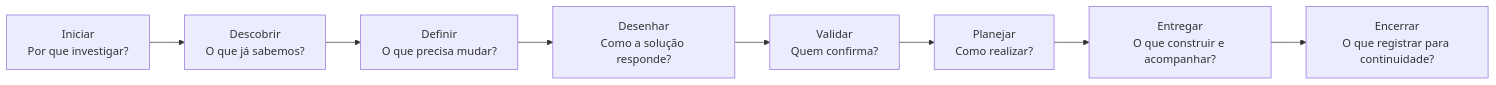
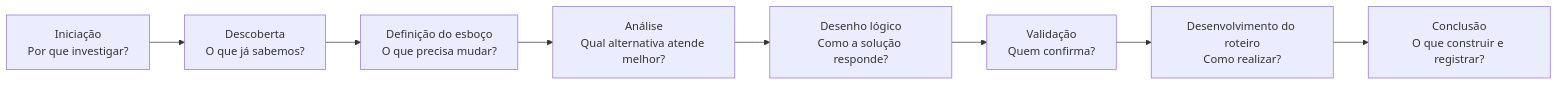
The first of 2 diagrams in docs/modulo-1-fundamentos/bloco-4-processo-de-definicao-da-arquitetura.md (aulas-marco/projeto-arquitetura-software), drawn with Mermaid before and after one commit. The commit also changed other lines of this file and 56 other files, not shown here.

````diff
--- a/docs/modulo-1-fundamentos/bloco-4-processo-de-definicao-da-arquitetura.md
+++ b/docs/modulo-1-fundamentos/bloco-4-processo-de-definicao-da-arquitetura.md
@@ -23,7 +23,7 @@
 ```mermaid
 flowchart LR
-    A["Iniciar<br/>Por que investigar?"] --> B["Descobrir<br/>O que já sabemos?"]
-    B --> C["Definir<br/>O que precisa mudar?"] --> D["Desenhar<br/>Como a solução responde?"]
-    D --> E["Validar<br/>Quem confirma?"] --> F["Planejar<br/>Como realizar?"]
-    F --> G["Entregar<br/>O que construir e acompanhar?"] --> H["Encerrar<br/>O que registrar para continuidade?"]
+    A["Iniciação<br/>Por que investigar?"] --> B["Descoberta<br/>O que já sabemos?"]
+    B --> C["Definição do esboço<br/>O que precisa mudar?"] --> D["Análise<br/>Qual alternativa atende melhor?"]
+    D --> E["Desenho lógico<br/>Como a solução responde?"] --> F["Validação<br/>Quem confirma?"]
+    F --> G["Desenvolvimento do roteiro<br/>Como realizar?"] --> H["Conclusão<br/>O que construir e registrar?"]
 ```
````
